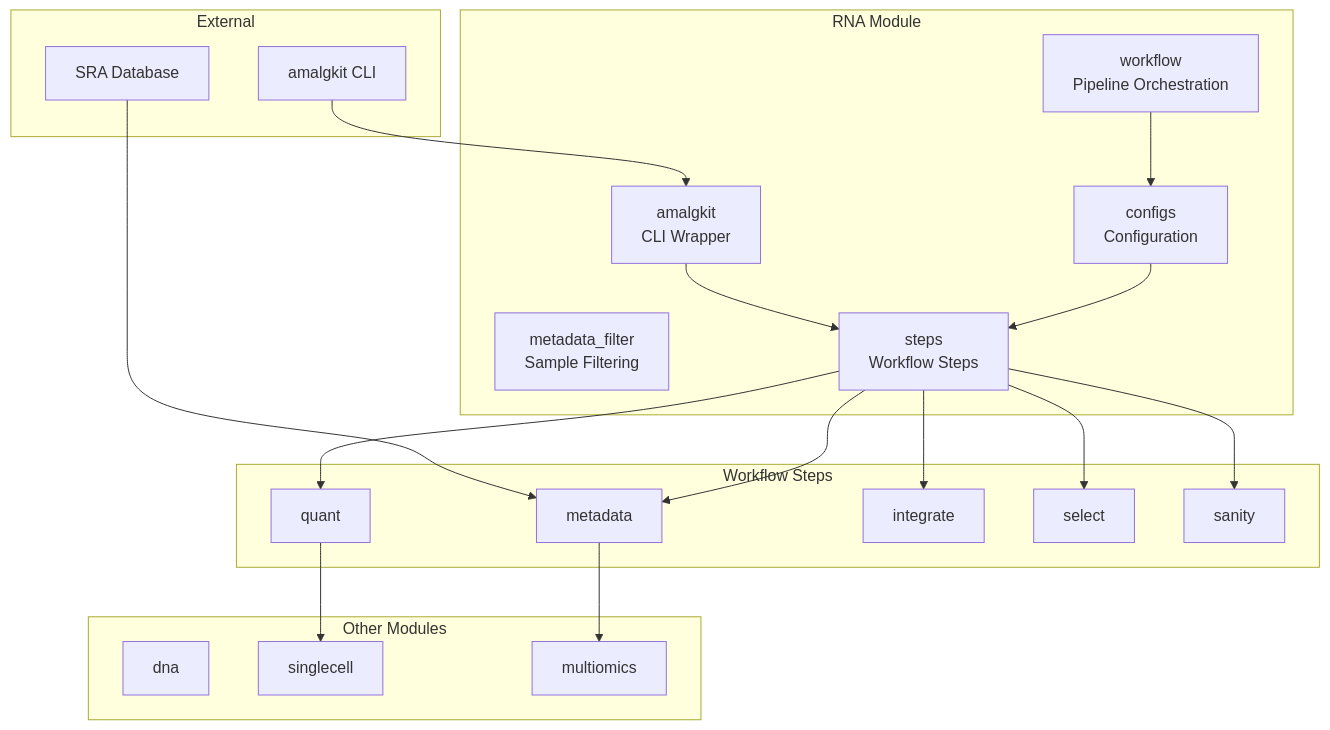
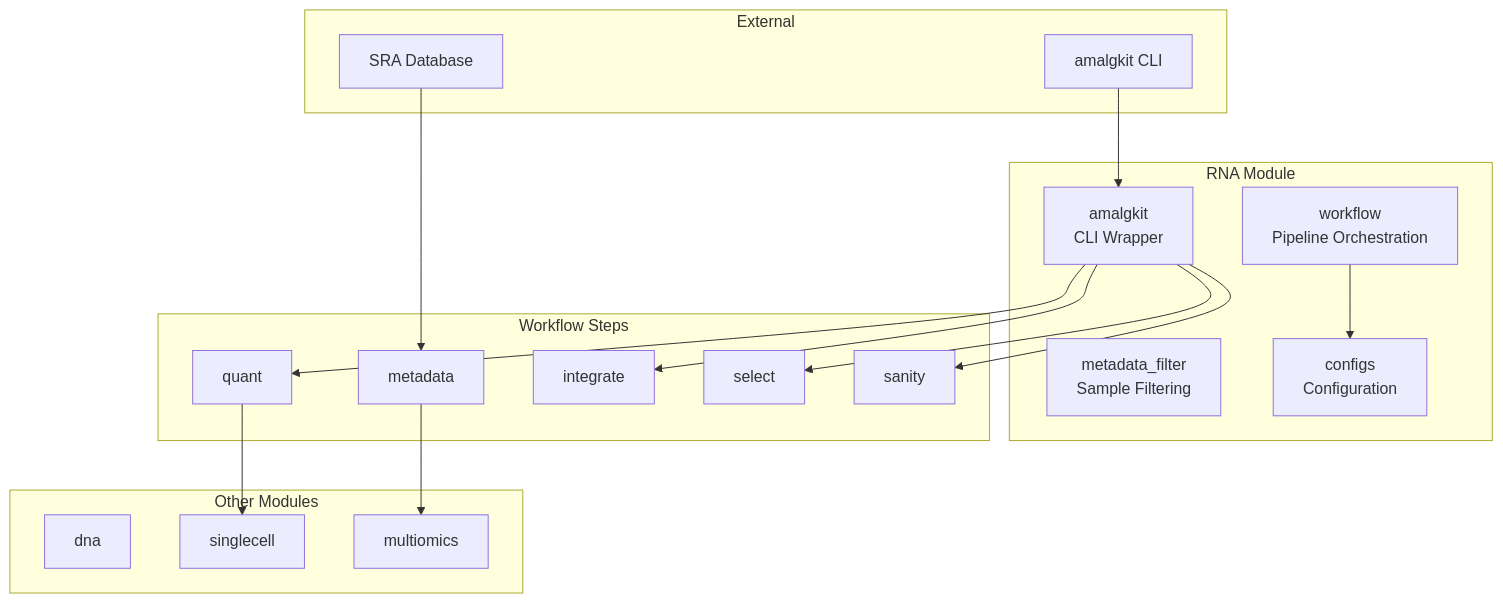
The first of 4 diagrams in src/metainformant/rna/README.md (docxology/MetaInformAnt), drawn with Mermaid before and after one commit. The commit also changed 41 other files, not shown here.

````diff
--- a/src/metainformant/rna/README.md
+++ b/src/metainformant/rna/README.md
@@ -36,42 +36,38 @@
 ```mermaid
 graph TB
     subgraph "RNA Module"
         Amalgkit[amalgkit<br/>CLI Wrapper]
         Workflow[workflow<br/>Pipeline Orchestration]
         MetadataFilter[metadata_filter<br/>Sample Filtering]
         Configs[configs<br/>Configuration]
-        Steps[steps<br/>Workflow Steps]
     end
 
     subgraph "Workflow Steps"
         Meta[metadata]
         Quant[quant]
         Integrate[integrate]
         Select[select]
         Sanity[sanity]
     end
 
     subgraph "External"
         AmalgkitCLI[amalgkit CLI]
         SRA[SRA Database]
     end
 
     subgraph "Other Modules"
         DNA_Mod[dna]
         SingleCell[singlecell]
         MultiOmics[multiomics]
     end
 
     AmalgkitCLI --> Amalgkit
     SRA --> Meta
-    Amalgkit --> Steps
-    Steps --> Meta
-    Steps --> Quant
-    Steps --> Integrate
-    Steps --> Select
-    Steps --> Sanity
+    Amalgkit --> Quant
+    Amalgkit --> Integrate
+    Amalgkit --> Select
+    Amalgkit --> Sanity
     Workflow --> Configs
-    Configs --> Steps
     Quant --> SingleCell
     Meta --> MultiOmics
 ```
````
